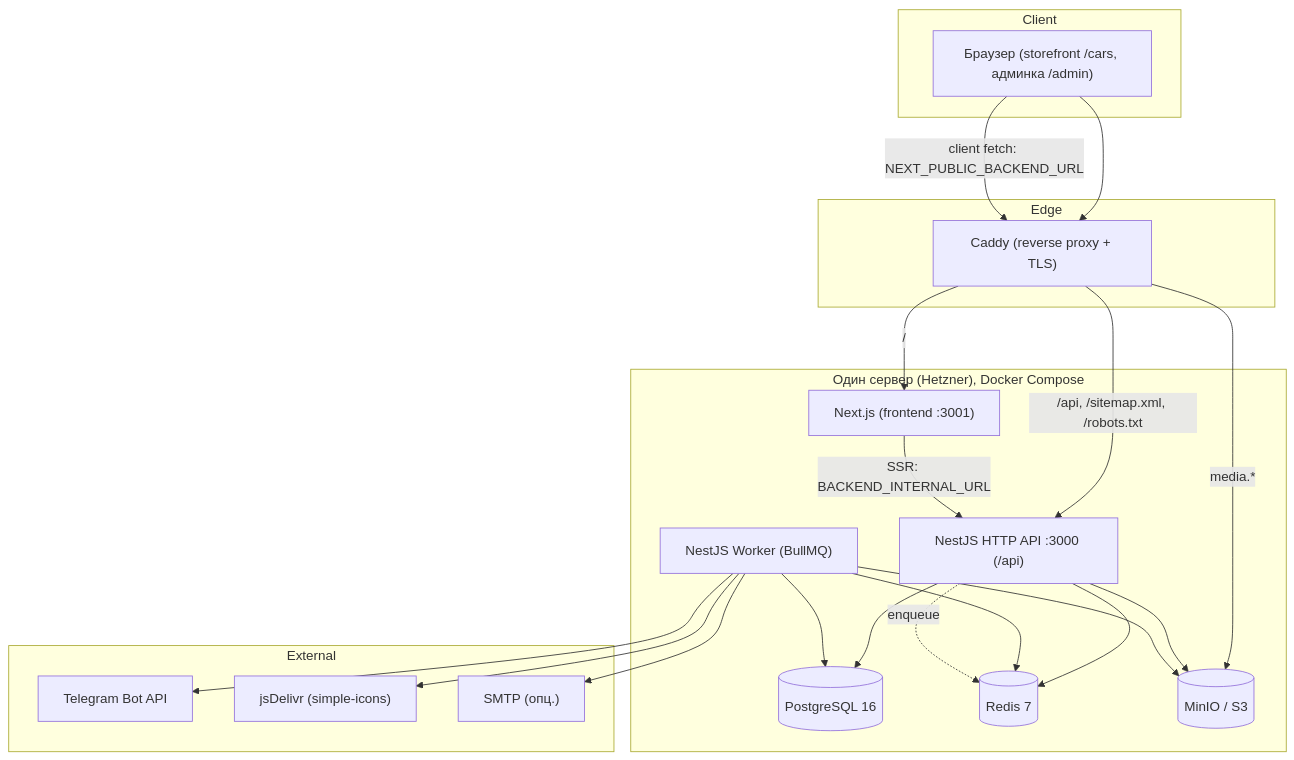
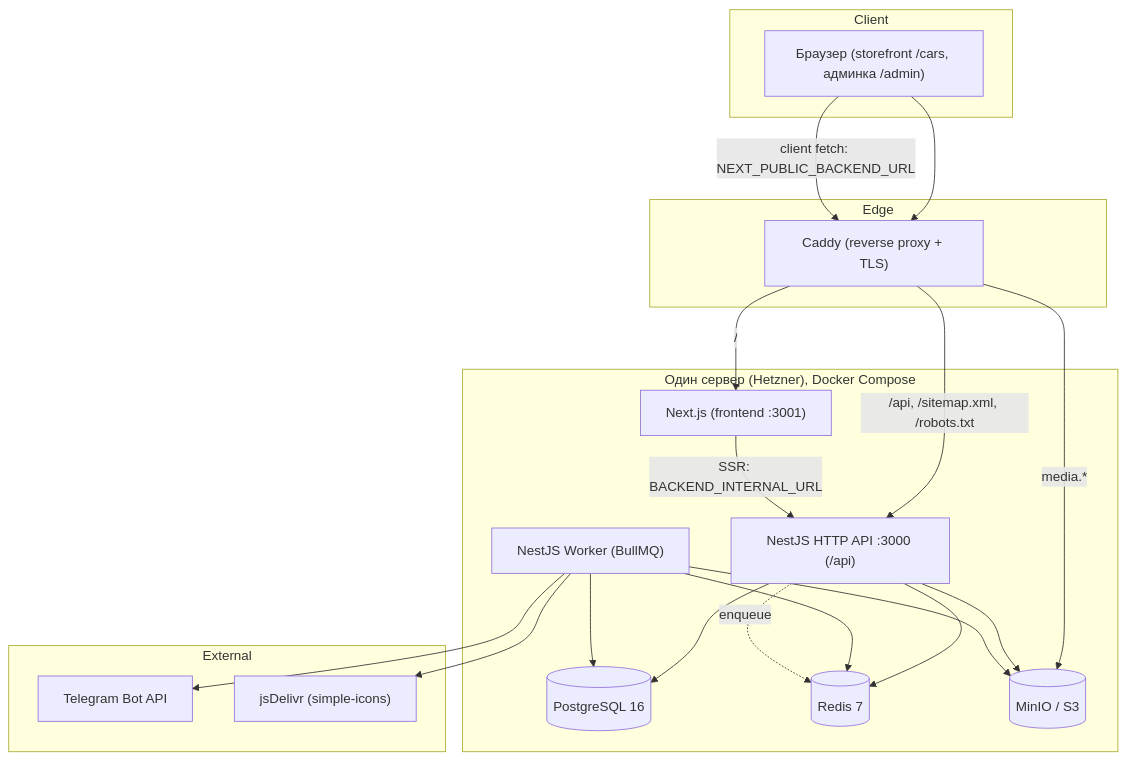
Before and after one commit to Klukvas/AutoShow: the second of 2 diagrams in docs/agent-context.md, drawn with Mermaid. The commit also changed other lines of this file and 938 other files, not shown here.

````diff
--- a/docs/agent-context.md
+++ b/docs/agent-context.md
@@ -407,39 +418,37 @@
 ```mermaid
 flowchart TB
     subgraph Client
       Browser["Браузер (storefront /cars, админка /admin)"]
     end
     subgraph Edge
       Caddy["Caddy (reverse proxy + TLS)"]
     end
     subgraph App["Один сервер (Hetzner), Docker Compose"]
       FE["Next.js (frontend :3001)"]
       API["NestJS HTTP API :3000 (/api)"]
       WORKER["NestJS Worker (BullMQ)"]
       PG[("PostgreSQL 16")]
       REDIS[("Redis 7")]
       MINIO[("MinIO / S3")]
     end
     subgraph External
       TG["Telegram Bot API"]
       JSD["jsDelivr (simple-icons)"]
-      SMTP["SMTP (опц.)"]
     end
 
     Browser --> Caddy
     Caddy -->|"/"| FE
     Caddy -->|"/api, /sitemap.xml, /robots.txt"| API
     Caddy -->|"media.*"| MINIO
     FE -->|"SSR: BACKEND_INTERNAL_URL"| API
     Browser -->|"client fetch: NEXT_PUBLIC_BACKEND_URL"| Caddy
     API --> PG
     API --> REDIS
     API --> MINIO
     WORKER --> PG
     WORKER --> REDIS
     WORKER --> MINIO
     WORKER --> TG
     WORKER --> JSD
-    WORKER --> SMTP
     API -.enqueue.-> REDIS
 ```
````
